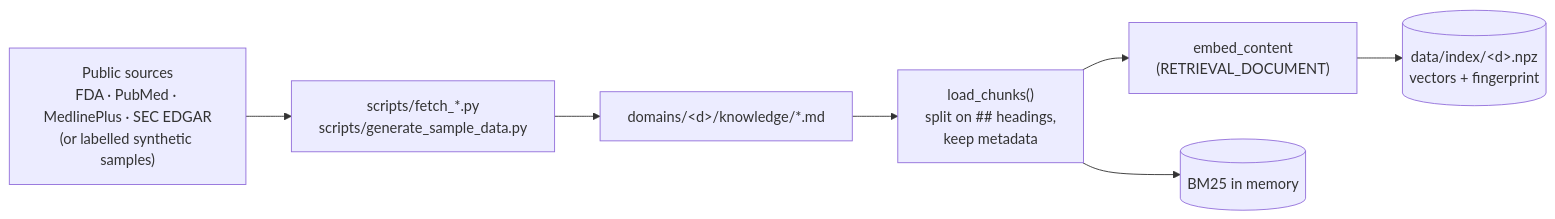
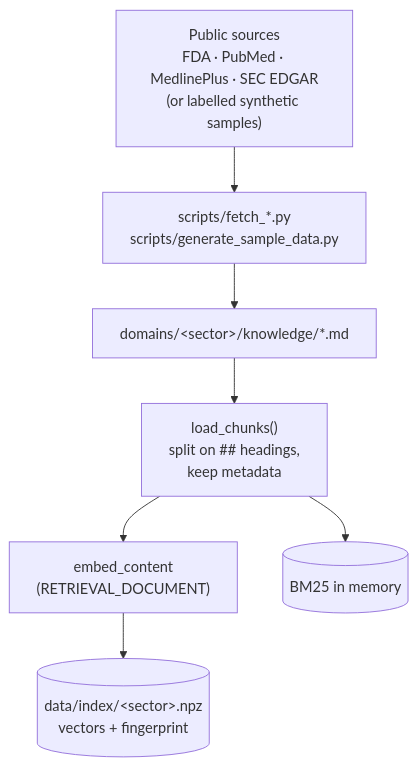
Before and after one commit to sohailaabuelliel/domain-agents: the second of 2 diagrams in docs/ARCHITECTURE.md, drawn with Mermaid. The commit also changed other lines of this file and 37 other files, not shown here.

Commit message:
UI redesign: live model list per provider, EN/Arabic UI toggle, Mermaid charts in docs, generated icons

````diff
--- a/docs/ARCHITECTURE.md
+++ b/docs/ARCHITECTURE.md
@@ -66,9 +55,9 @@
 ```mermaid
-flowchart LR
+flowchart TB
     S["Public sources<br/>FDA · PubMed · MedlinePlus · SEC EDGAR<br/>(or labelled synthetic samples)"] --> F["scripts/fetch_*.py<br/>scripts/generate_sample_data.py"]
-    F --> MD["domains/&lt;d&gt;/knowledge/*.md"]
+    F --> MD["domains/#lt;sector#gt;/knowledge/*.md"]
     MD --> CH["load_chunks()<br/>split on ## headings,<br/>keep metadata"]
     CH --> EM["embed_content<br/>(RETRIEVAL_DOCUMENT)"]
-    EM --> IDX[("data/index/&lt;d&gt;.npz<br/>vectors + fingerprint")]
+    EM --> IDX[("data/index/#lt;sector#gt;.npz<br/>vectors + fingerprint")]
     CH --> BM[("BM25 in memory")]
 ```
````
